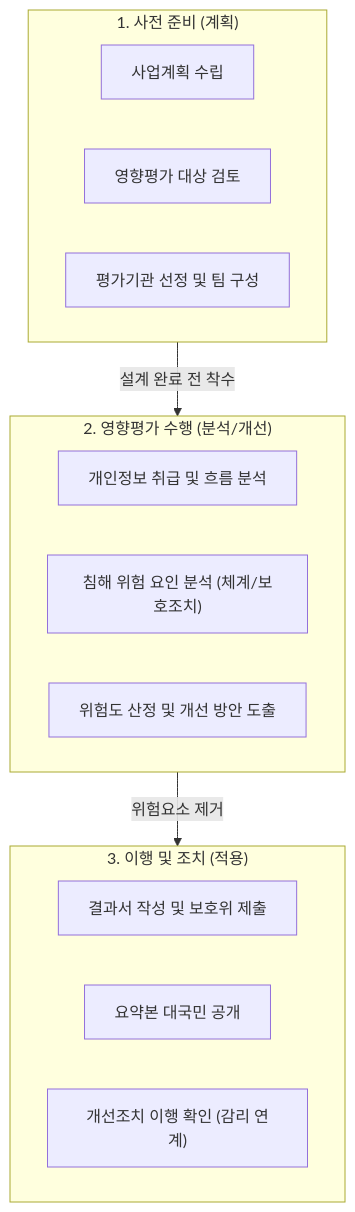
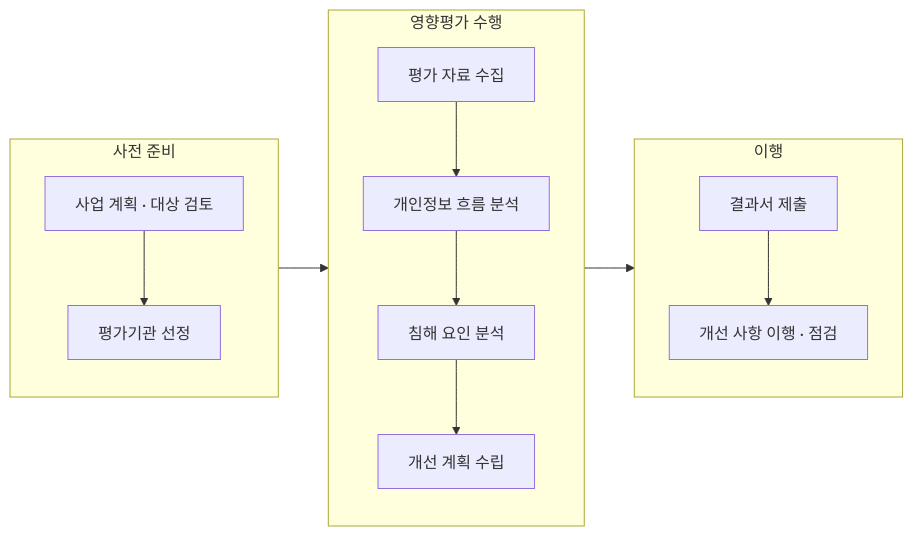
One commit to supremethumb/supremethumb.github.io changed the diagram in content/01_IT Tech/개인정보 영향평가.md. Above: the diagram before and after it, drawn with Mermaid. The commit also changed other lines of this file and 1087 other files, not shown here.

````diff
--- a/content/01_IT Tech/개인정보 영향평가.md
+++ b/content/01_IT Tech/개인정보 영향평가.md
@@ -18,23 +36,15 @@
 ```mermaid
-flowchart TB
-    subgraph Phase1["1. 사전 준비 (계획)"]
-        A1["사업계획 수립"]
-        A2["영향평가 대상 검토"]
-        A3["평가기관 선정 및 팀 구성"]
+flowchart LR
+    subgraph P1["사전 준비"]
+        A1["사업 계획 · 대상 검토"] --> A2["평가기관 선정"]
     end
-    
-    subgraph Phase2["2. 영향평가 수행 (분석/개선)"]
-        B1["개인정보 취급 및 흐름 분석"]
-        B2["침해 위험 요인 분석 (체계/보호조치)"]
-        B3["위험도 산정 및 개선 방안 도출"]
+    subgraph P2["영향평가 수행"]
+        B1["평가 자료 수집"] --> B2["개인정보 흐름 분석"]
+        B2 --> B3["침해 요인 분석"]
+        B3 --> B4["개선 계획 수립"]
     end
-    
-    subgraph Phase3["3. 이행 및 조치 (적용)"]
-        C1["결과서 작성 및 보호위 제출"]
-        C2["요약본 대국민 공개"]
-        C3["개선조치 이행 확인 (감리 연계)"]
+    subgraph P3["이행"]
+        C1["결과서 제출"] --> C2["개선 사항 이행 · 점검"]
     end
-    
-    Phase1 -->|"설계 완료 전 착수"| Phase2
-    Phase2 -->|"위험요소 제거"| Phase3
+    P1 --> P2 --> P3
 ```
````
